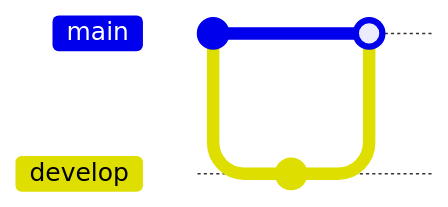
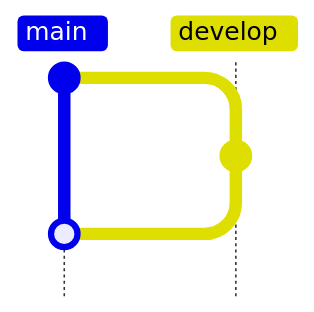
One commit to iwatsushi/mermaid changed the tenth of 13 diagrams in 09_git_graph.md. Above: the diagram before and after it, drawn with Mermaid. The commit also changed 5 other files, not shown here. Commit ids are hidden.

````diff
--- a/09_git_graph.md
+++ b/09_git_graph.md
@@ -241,9 +241,9 @@
 ```mermaid
 %%{init: { 'gitGraph': {'mainBranchName': 'main'}} }%%
-gitGraph LR:
+gitGraph TB:
     commit
     branch develop
     commit
     checkout main
     merge develop
 ```
````
